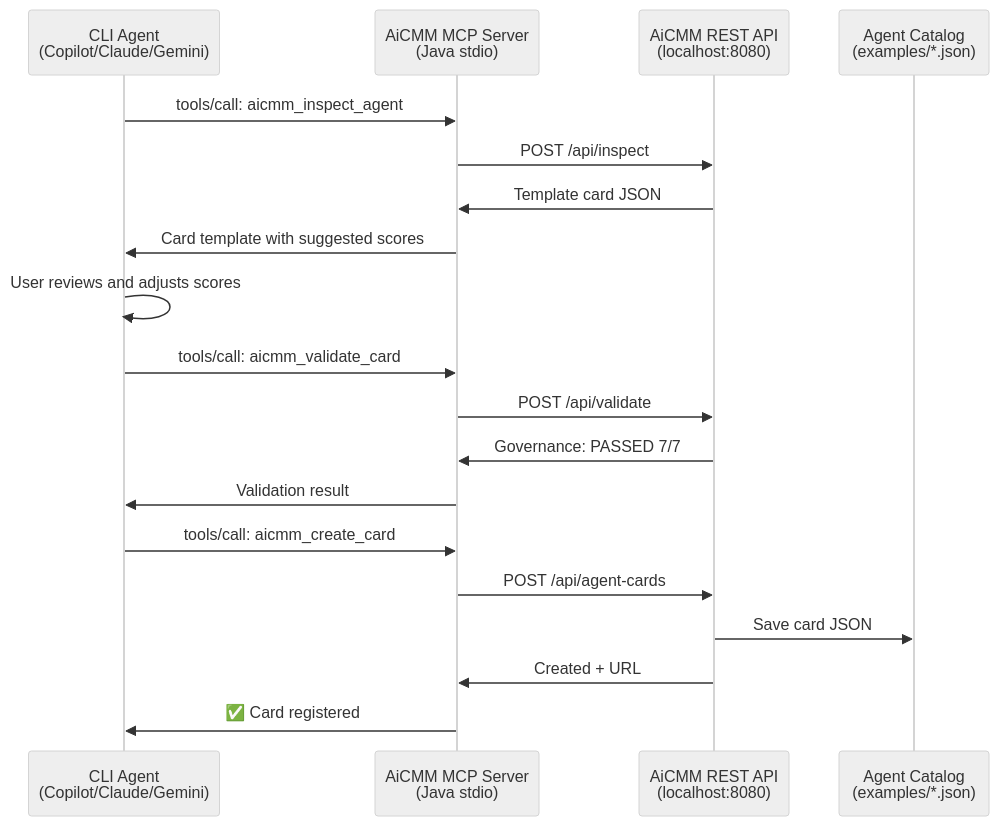
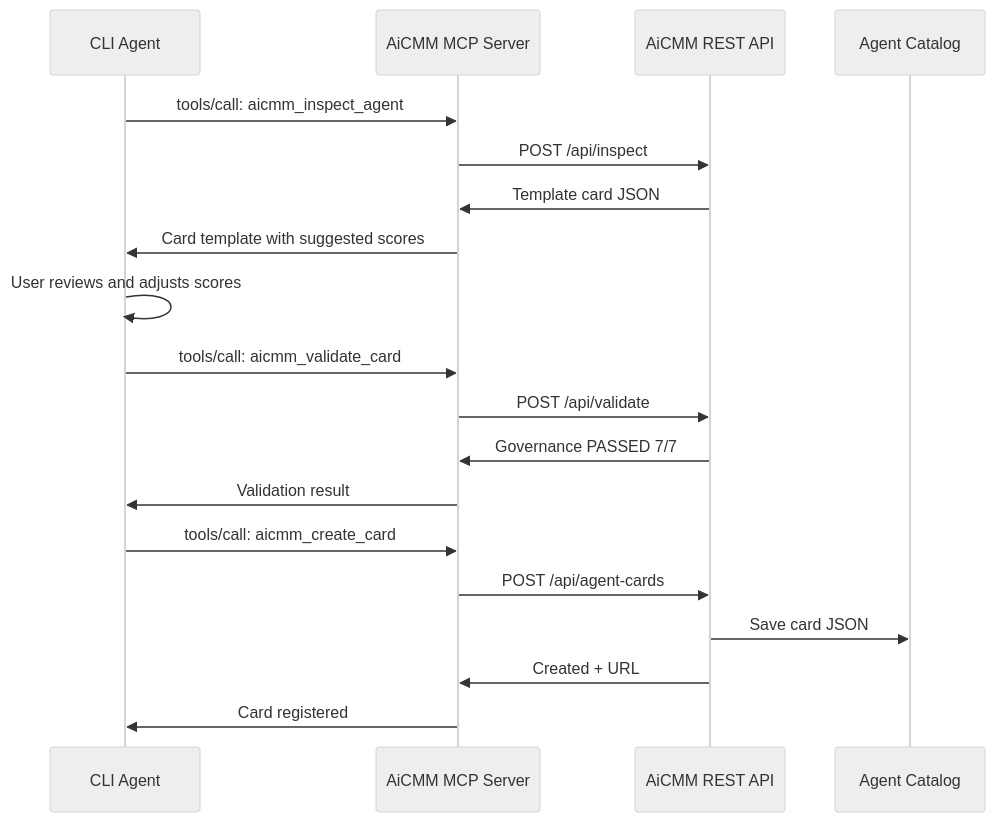
One commit to snchande/Arima-AiCMM changed the third of 6 diagrams in docs/PRODUCT-BROCHURE.md. Above: the diagram before and after it, drawn with Mermaid (neutral theme). The commit also changed other lines of this file and 1 other file, not shown here.

First line of the commit message:
Add copy-paste CLI recipes and fix Mermaid diagrams

````diff
--- a/docs/PRODUCT-BROCHURE.md
+++ b/docs/PRODUCT-BROCHURE.md
@@ -350,25 +341,21 @@
 ```mermaid
 sequenceDiagram
-    participant CLI as CLI Agent<br/>(Copilot/Claude/Gemini)
-    participant MCP as AiCMM MCP Server<br/>(Java stdio)
-    participant API as AiCMM REST API<br/>(localhost:8080)
-    participant Catalog as Agent Catalog<br/>(examples/*.json)
-
+    participant CLI as CLI Agent
+    participant MCP as AiCMM MCP Server
+    participant API as AiCMM REST API
+    participant Catalog as Agent Catalog
     CLI->>MCP: tools/call: aicmm_inspect_agent
     MCP->>API: POST /api/inspect
     API->>MCP: Template card JSON
     MCP->>CLI: Card template with suggested scores
-
     CLI->>CLI: User reviews and adjusts scores
-
     CLI->>MCP: tools/call: aicmm_validate_card
     MCP->>API: POST /api/validate
-    API->>MCP: Governance: PASSED 7/7
+    API->>MCP: Governance PASSED 7/7
     MCP->>CLI: Validation result
-
     CLI->>MCP: tools/call: aicmm_create_card
     MCP->>API: POST /api/agent-cards
     API->>Catalog: Save card JSON
     API->>MCP: Created + URL
-    MCP->>CLI: ✅ Card registered
+    MCP->>CLI: Card registered
 ```
````
